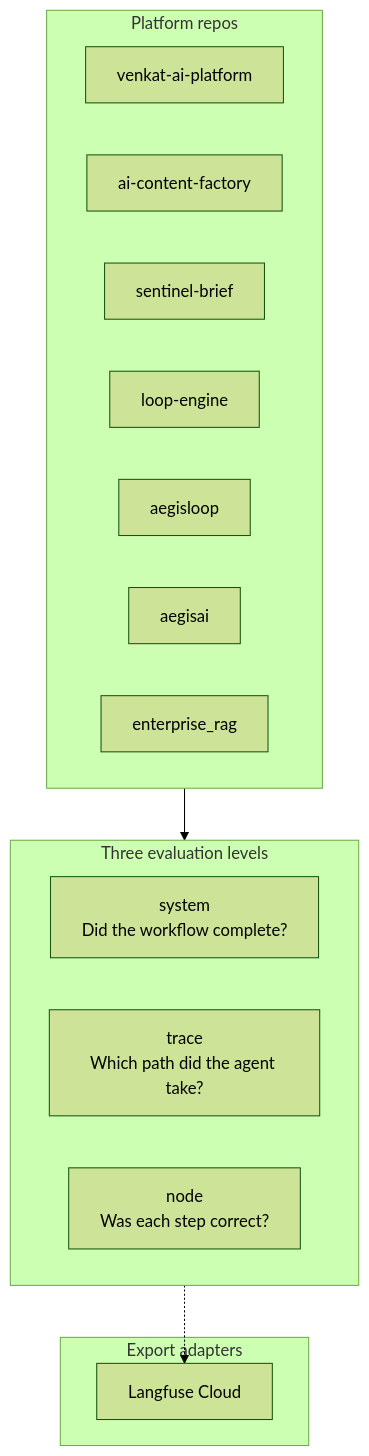
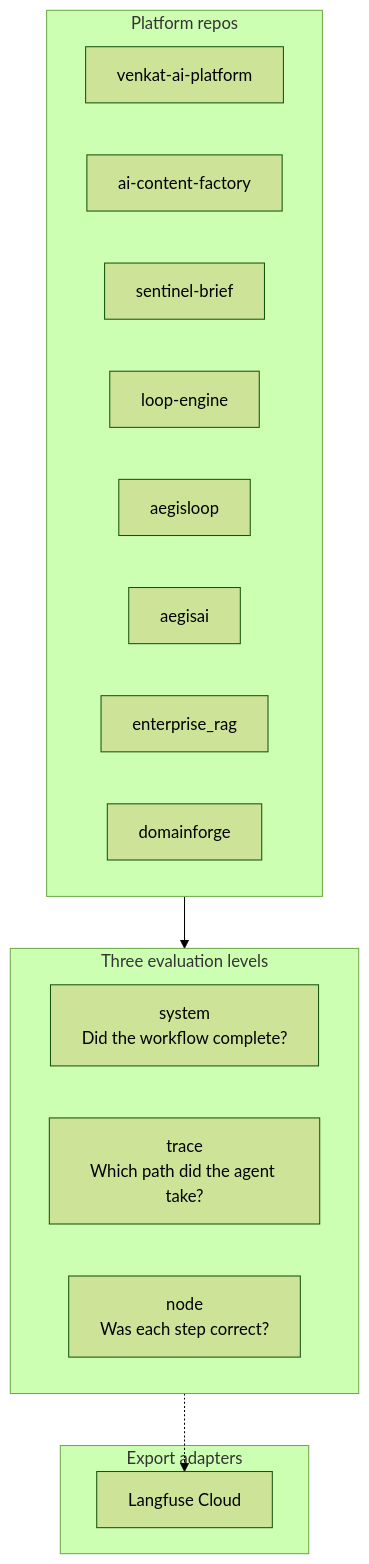
One commit to vpeetla-ai/ai-architecture-portfolio changed the diagram in README.md. Above: the diagram before and after it, drawn with Mermaid (forest theme). The commit also changed other lines of this file and 5 other files, not shown here.

First line of the commit message:
Document DomainForge with ADR-019 and case study in architecture portfolio.

````diff
--- a/README.md
+++ b/README.md
@@ -65,22 +66,23 @@
 ```mermaid
 flowchart TB
     subgraph Levels["Three evaluation levels"]
         SYS["system<br/>Did the workflow complete?"]
         TR["trace<br/>Which path did the agent take?"]
         ND["node<br/>Was each step correct?"]
     end
     subgraph Platforms["Platform repos"]
         VAP["venkat-ai-platform"]
         ACF["ai-content-factory"]
         SB["sentinel-brief"]
         LF["loop-engine"]
         AL["aegisloop"]
         AEG["aegisai"]
         ER["enterprise_rag"]
+        DF["domainforge"]
     end
     subgraph Export["Export adapters"]
         LANG["Langfuse Cloud"]
     end
     Platforms --> Levels
     Levels -.-> LANG
 ```
````
